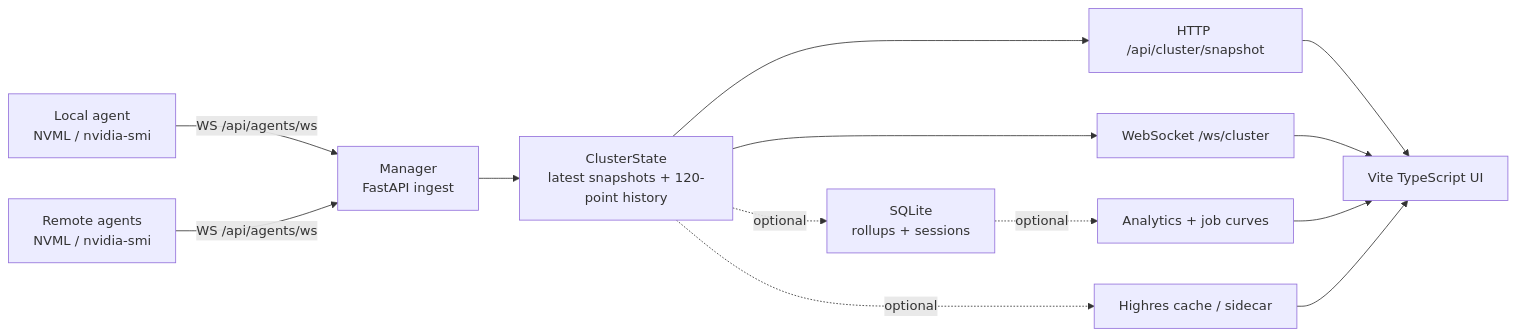
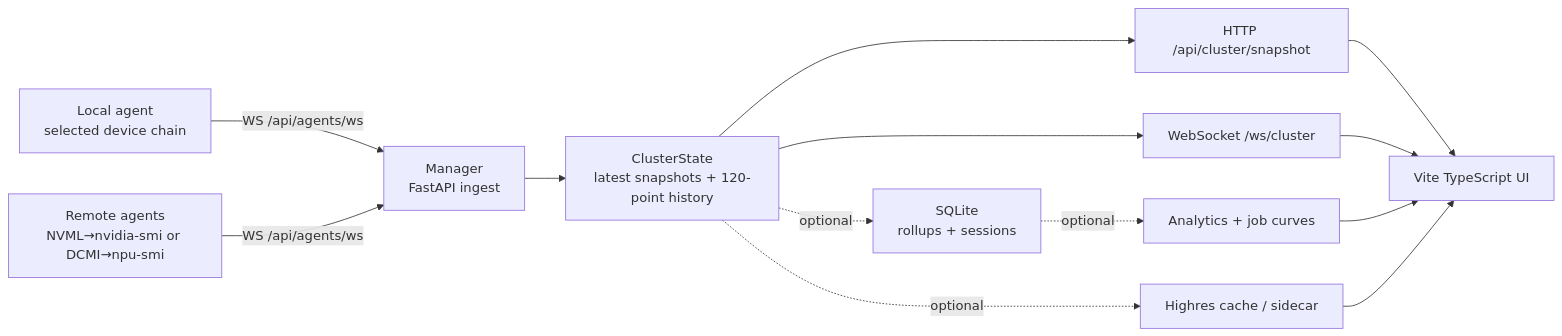
The second of 2 diagrams in README.md (kuma-loong/Constella), drawn with Mermaid before and after one commit. The commit also changed other lines of this file and 15 other files, not shown here.

Commit message:
feat: add configured DCMI device backend

````diff
--- a/README.md
+++ b/README.md
@@ -169,15 +178,15 @@
 ```mermaid
 flowchart LR
-  LA["Local agent<br/>NVML / nvidia-smi"] -->|"WS /api/agents/ws"| M["Manager<br/>FastAPI ingest"]
-  RA["Remote agents<br/>NVML / nvidia-smi"] -->|"WS /api/agents/ws"| M
+  LA["Local agent<br/>selected device chain"] -->|"WS /api/agents/ws"| M["Manager<br/>FastAPI ingest"]
+  RA["Remote agents<br/>NVML→nvidia-smi or DCMI→npu-smi"] -->|"WS /api/agents/ws"| M
   M --> S["ClusterState<br/>latest snapshots + 120-point history"]
   S --> API["HTTP /api/cluster/snapshot"]
   S --> WS["WebSocket /ws/cluster"]
   S -.optional.-> DB["SQLite<br/>rollups + sessions"]
   DB -.optional.-> AN["Analytics + job curves"]
   S -.optional.-> HR["Highres cache / sidecar"]
   API --> UI["Vite TypeScript UI"]
   WS --> UI
   AN --> UI
   HR --> UI
 ```
````
